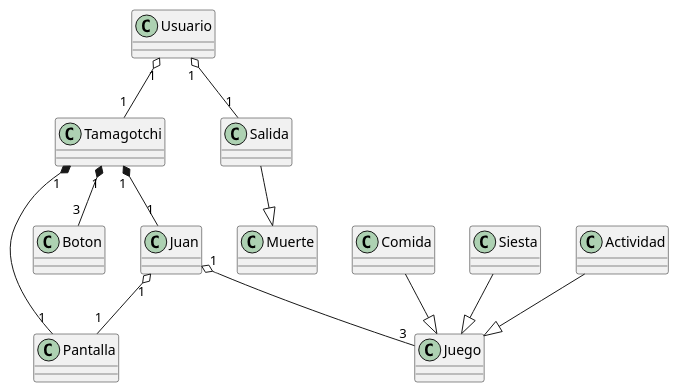
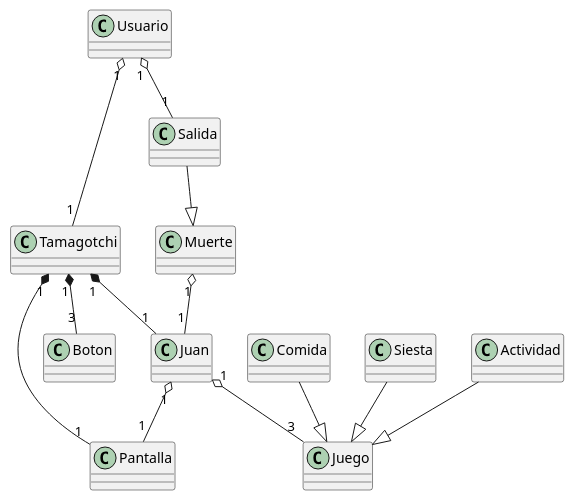
One commit to CGZarate2/SOLITAIRE changed the diagram in Tamagotchi/docs/diagrama.puml. Above: the diagram before and after it, drawn with PlantUML. The commit also changed 2 other files, not shown here.

```diff
--- a/Tamagotchi/docs/diagrama.puml
+++ b/Tamagotchi/docs/diagrama.puml
@@ -1,29 +1,30 @@
 @startuml Diagrama
 
     Class Usuario
     Class Tamagotchi
     Class Pantalla
     Class Boton
     Class Juan
     Class Juego
     Class Comida
     Class Siesta
     Class Actividad
     Class Salida
     Class Muerte
     
     Usuario "1" o-- "1" Tamagotchi
     Usuario "1" o-- "1" Salida
     Tamagotchi "1" *-- "1" Pantalla
     Tamagotchi "1" *-- "3" Boton
     Tamagotchi "1" *-- "1" Juan
 
     Juan "1" o-- "1" Pantalla
     Juan "1" o-- "3" Juego
+    Muerte "1" o-- "1" Juan
 
     Comida --|> Juego
     Siesta --|> Juego
     Actividad --|> Juego
     Salida --|> Muerte
 
 @enduml
```
